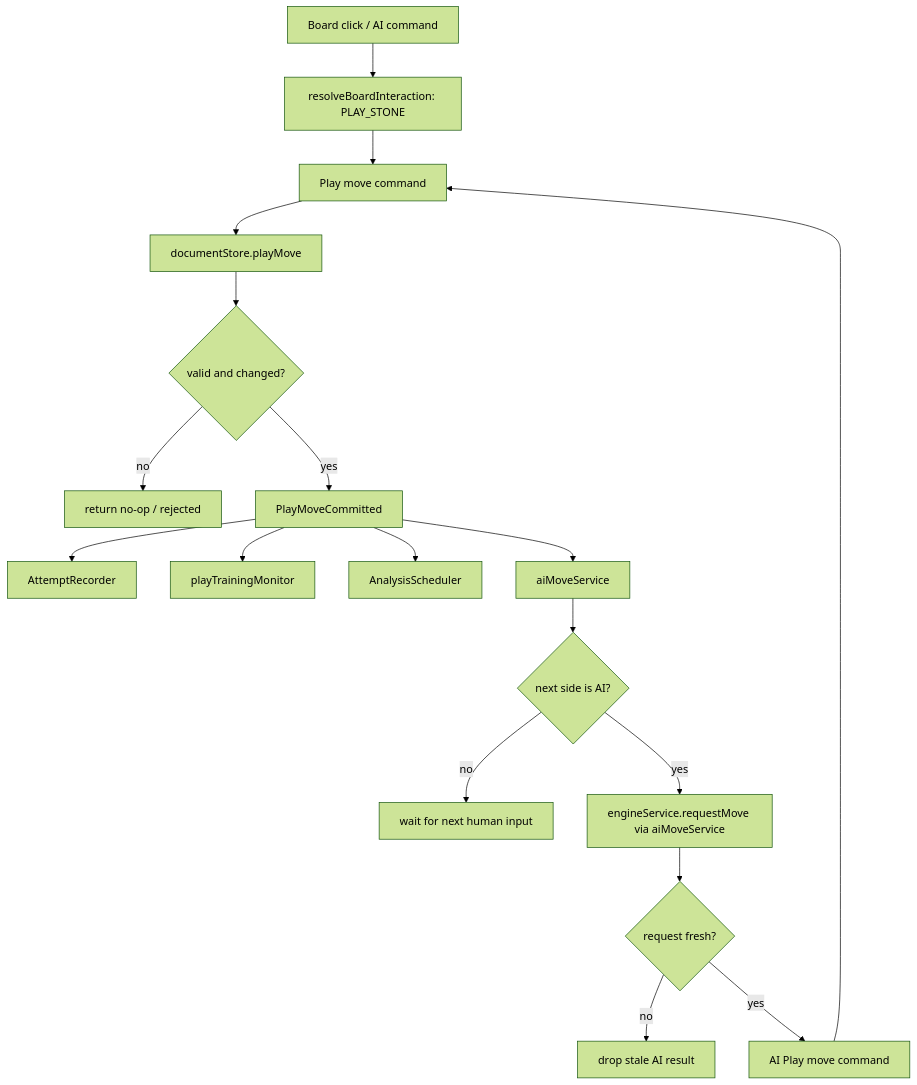
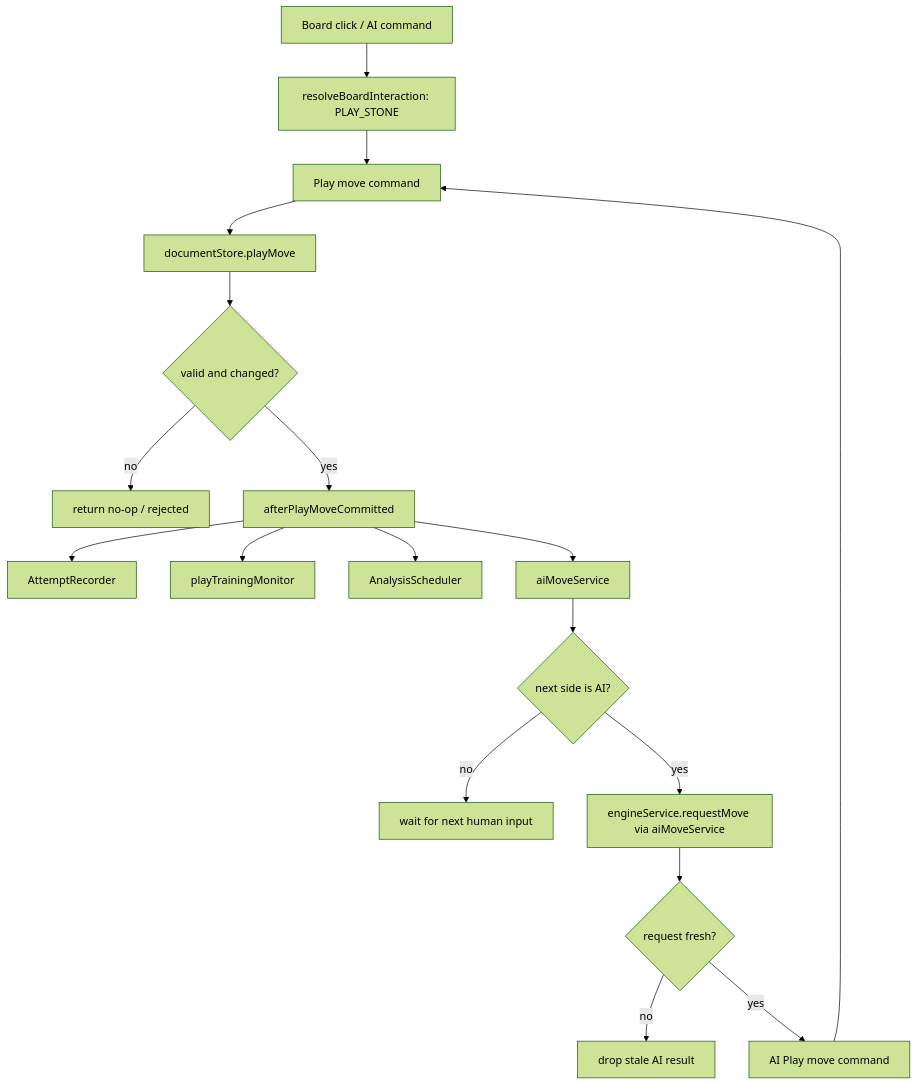
Before and after one commit to Gaogao417/Sabaki: the first of 4 diagrams in docs/design/play-move-committed-architecture.md, drawn with Mermaid (forest theme). The commit also changed other lines of this file and 1 other file, not shown here.

Commit message:
business-contract-workflow: revise play move committed design as hook

````diff
--- a/docs/design/play-move-committed-architecture.md
+++ b/docs/design/play-move-committed-architecture.md
@@ -116,22 +119,22 @@
 ```mermaid
 flowchart TD
   A["Board click / AI command"] --> B["resolveBoardInteraction: PLAY_STONE"]
   B --> C["Play move command"]
   C --> D["documentStore.playMove"]
   D --> E{"valid and changed?"}
   E -->|no| F["return no-op / rejected"]
-  E -->|yes| G["PlayMoveCommitted"]
+  E -->|yes| G["afterPlayMoveCommitted"]
 
   G --> H["AttemptRecorder"]
   G --> I["playTrainingMonitor"]
   G --> J["AnalysisScheduler"]
   G --> K["aiMoveService"]
 
   K --> L{"next side is AI?"}
   L -->|no| M["wait for next human input"]
   L -->|yes| N["engineService.requestMove via aiMoveService"]
   N --> O{"request fresh?"}
   O -->|no| P["drop stale AI result"]
   O -->|yes| Q["AI Play move command"]
   Q --> C
 ```
````
